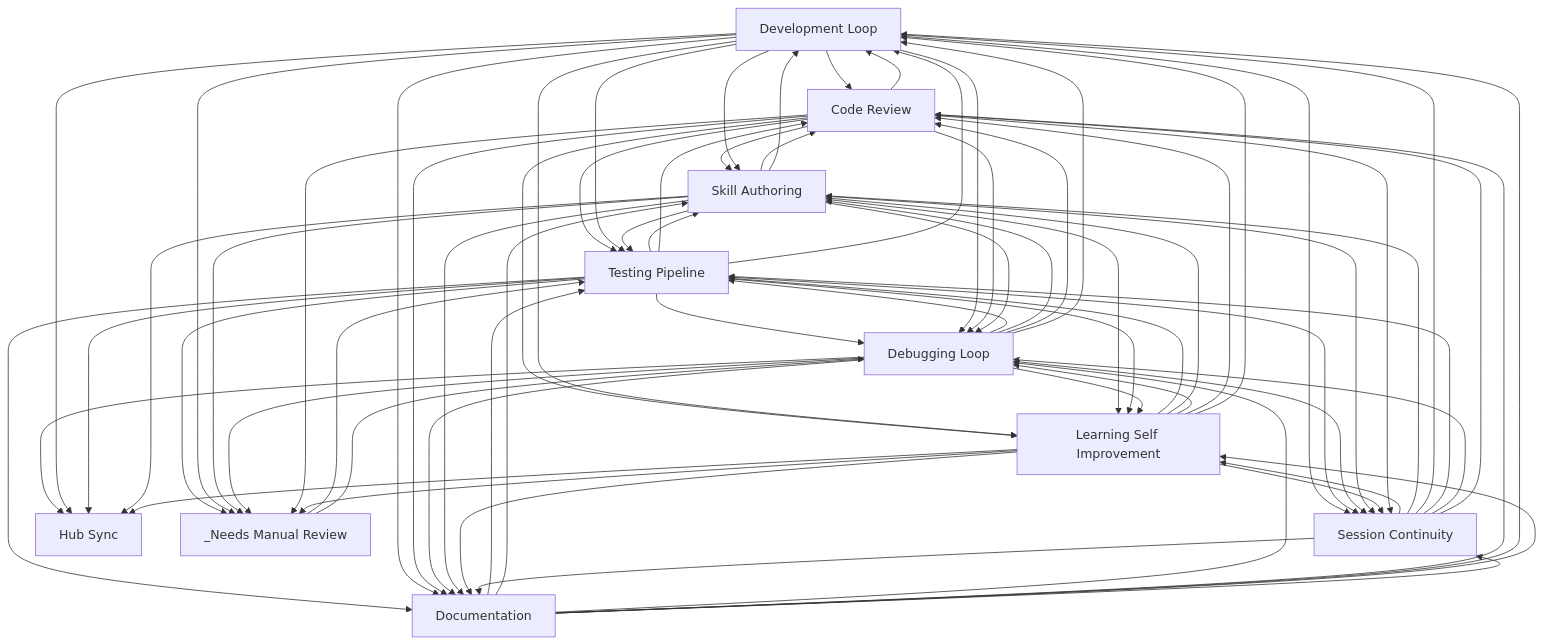
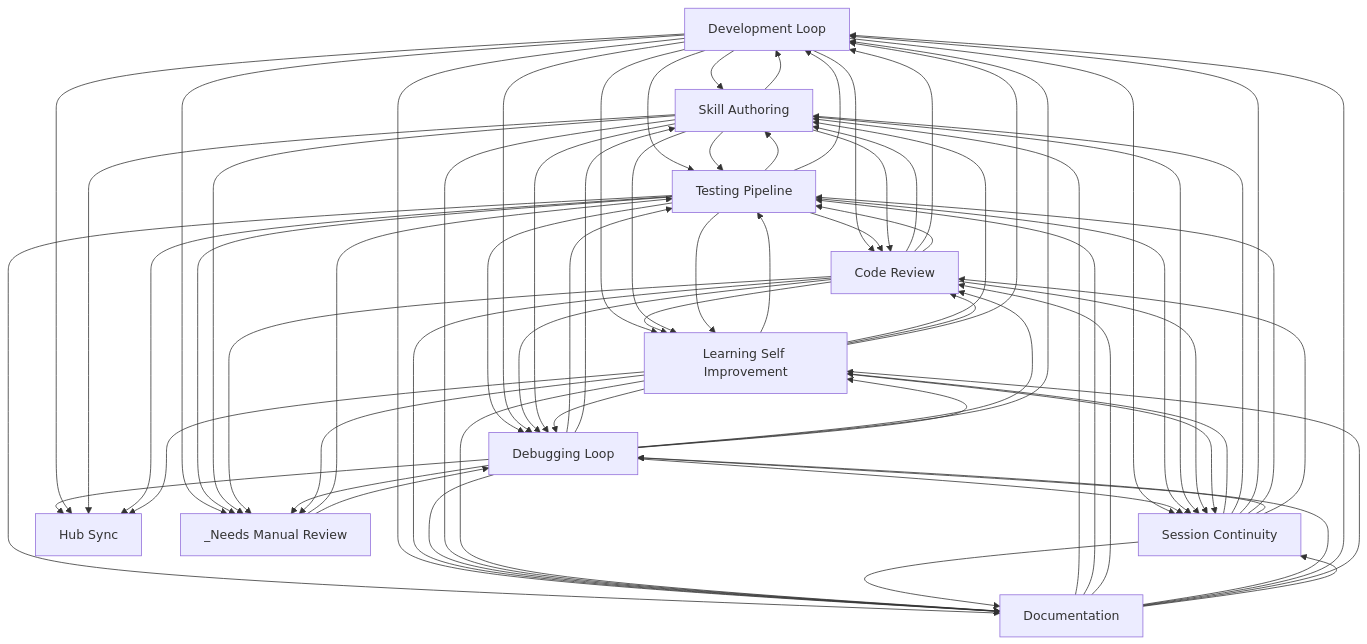
The diagram in docs/workflows/INDEX.md (abhayla/claude-best-practices), drawn with Mermaid before and after one commit. The commit also changed other lines of this file and 1 other file, not shown here.

First line of the commit message:
docs: auto-update workflow diagrams (final regen tail)

````diff
--- a/docs/workflows/INDEX.md
+++ b/docs/workflows/INDEX.md
@@ -22,82 +22,82 @@
 ```mermaid
 graph TD
     development_loop[Development Loop]
     testing_pipeline[Testing Pipeline]
     debugging_loop[Debugging Loop]
     learning_self_improvement[Learning Self Improvement]
     session_continuity[Session Continuity]
     skill_authoring[Skill Authoring]
     code_review[Code Review]
     documentation[Documentation]
     hub_sync[Hub Sync]
     _needs_manual_review[_Needs Manual Review]
+    documentation --> skill_authoring
     documentation --> testing_pipeline
-    documentation --> skill_authoring
+    development_loop --> skill_authoring
+    development_loop --> code_review
     code_review --> skill_authoring
     code_review --> development_loop
-    development_loop --> code_review
-    development_loop --> skill_authoring
+    development_loop --> testing_pipeline
+    development_loop --> learning_self_improvement
+    code_review --> testing_pipeline
     code_review --> learning_self_improvement
-    code_review --> testing_pipeline
-    development_loop --> learning_self_improvement
-    development_loop --> testing_pipeline
+    skill_authoring --> testing_pipeline
     testing_pipeline --> skill_authoring
-    skill_authoring --> testing_pipeline
+    testing_pipeline --> code_review
     testing_pipeline --> debugging_loop
-    testing_pipeline --> code_review
     testing_pipeline --> development_loop
     testing_pipeline --> documentation
     debugging_loop --> testing_pipeline
     debugging_loop --> skill_authoring
     debugging_loop --> code_review
     debugging_loop --> development_loop
     development_loop --> debugging_loop
     development_loop --> documentation
+    skill_authoring --> development_loop
     skill_authoring --> code_review
-    skill_authoring --> development_loop
     skill_authoring --> learning_self_improvement
+    development_loop --> _needs_manual_review
     testing_pipeline --> _needs_manual_review
-    development_loop --> _needs_manual_review
+    code_review --> debugging_loop
+    documentation --> code_review
     documentation --> debugging_loop
-    documentation --> code_review
     documentation --> development_loop
-    code_review --> debugging_loop
     code_review --> documentation
+    development_loop --> session_continuity
     session_continuity --> learning_self_improvement
-    development_loop --> session_continuity
     _needs_manual_review --> testing_pipeline
+    debugging_loop --> learning_self_improvement
+    debugging_loop --> session_continuity
     testing_pipeline --> learning_self_improvement
     testing_pipeline --> session_continuity
-    debugging_loop --> learning_self_improvement
-    debugging_loop --> session_continuity
     debugging_loop --> documentation
     documentation --> learning_self_improvement
     skill_authoring --> session_continuity
     skill_authoring --> debugging_loop
     _needs_manual_review --> debugging_loop
     learning_self_improvement --> testing_pipeline
     learning_self_improvement --> skill_authoring
+    learning_self_improvement --> code_review
     learning_self_improvement --> debugging_loop
-    learning_self_improvement --> code_review
     learning_self_improvement --> development_loop
     debugging_loop --> hub_sync
     development_loop --> hub_sync
     skill_authoring --> _needs_manual_review
+    code_review --> _needs_manual_review
     debugging_loop --> _needs_manual_review
-    code_review --> _needs_manual_review
     skill_authoring --> documentation
+    code_review --> session_continuity
     learning_self_improvement --> session_continuity
-    code_review --> session_continuity
     session_continuity --> skill_authoring
     learning_self_improvement --> documentation
     session_continuity --> development_loop
     session_continuity --> testing_pipeline
     session_continuity --> debugging_loop
     session_continuity --> documentation
     session_continuity --> code_review
+    skill_authoring --> hub_sync
     testing_pipeline --> hub_sync
-    skill_authoring --> hub_sync
     learning_self_improvement --> hub_sync
     learning_self_improvement --> _needs_manual_review
     documentation --> session_continuity
 ```
````
